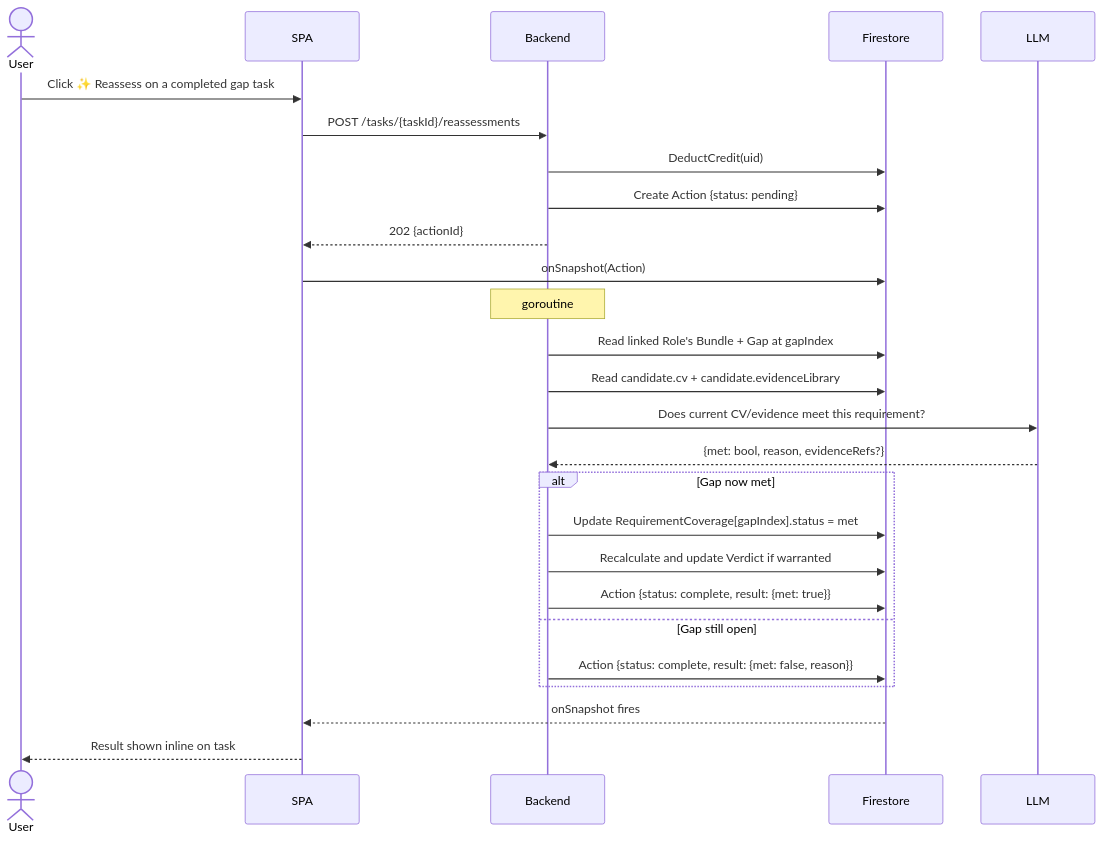
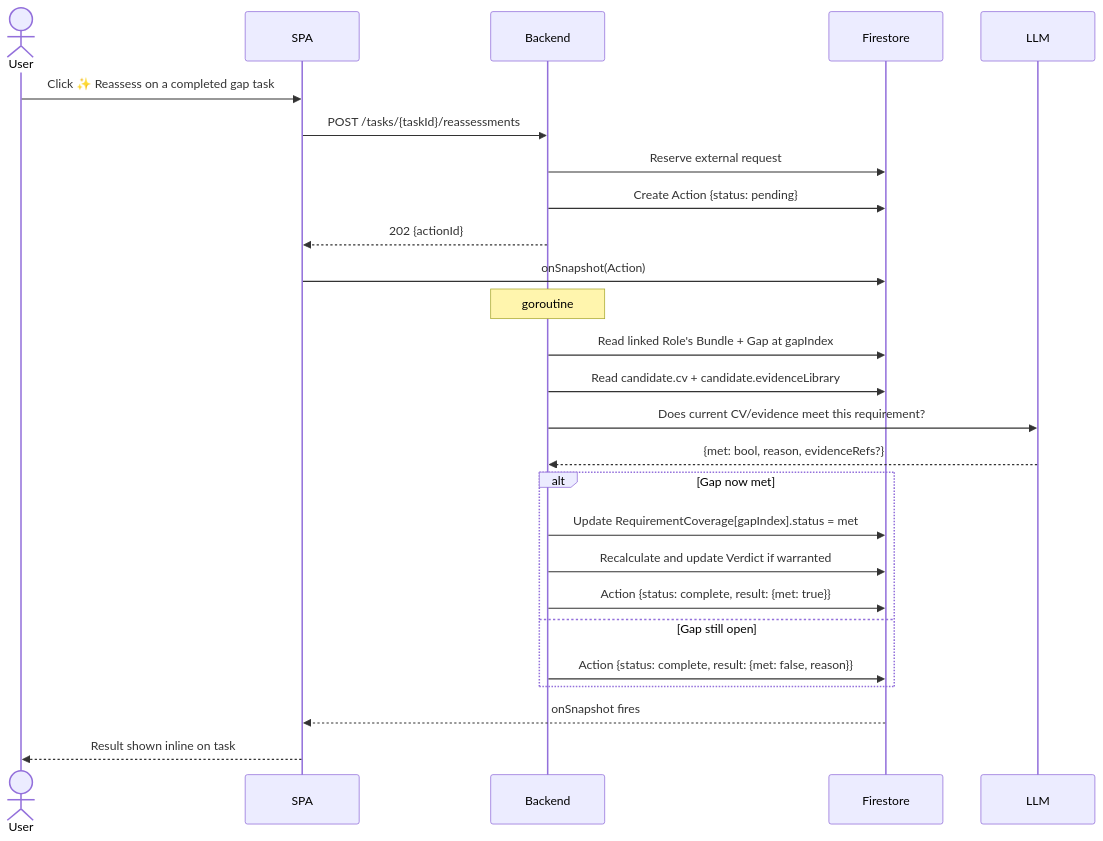
One commit to mnohe/cvai changed the diagram in docs/use_cases/UC-TASK-002-reassess-gap-task.md. Above: the diagram before and after it, drawn with Mermaid. The commit also changed other lines of this file and 63 other files, not shown here.

````diff
--- a/docs/use_cases/UC-TASK-002-reassess-gap-task.md
+++ b/docs/use_cases/UC-TASK-002-reassess-gap-task.md
@@ -19,32 +19,32 @@
 ```mermaid
 sequenceDiagram
     actor User
     participant SPA
     participant Backend
     participant Firestore
     participant LLM
 
     User->>SPA: Click ✨ Reassess on a completed gap task
     SPA->>Backend: POST /tasks/{taskId}/reassessments
-    Backend->>Firestore: DeductCredit(uid)
+    Backend->>Firestore: Reserve external request
     Backend->>Firestore: Create Action {status: pending}
     Backend-->>SPA: 202 {actionId}
     SPA->>Firestore: onSnapshot(Action)
 
     Note over Backend: goroutine
     Backend->>Firestore: Read linked Role's Bundle + Gap at gapIndex
     Backend->>Firestore: Read candidate.cv + candidate.evidenceLibrary
     Backend->>LLM: Does current CV/evidence meet this requirement?
     LLM-->>Backend: {met: bool, reason, evidenceRefs?}
 
     alt Gap now met
         Backend->>Firestore: Update RequirementCoverage[gapIndex].status = met
         Backend->>Firestore: Recalculate and update Verdict if warranted
         Backend->>Firestore: Action {status: complete, result: {met: true}}
     else Gap still open
         Backend->>Firestore: Action {status: complete, result: {met: false, reason}}
     end
 
     Firestore-->>SPA: onSnapshot fires
     SPA-->>User: Result shown inline on task
 ```
````
